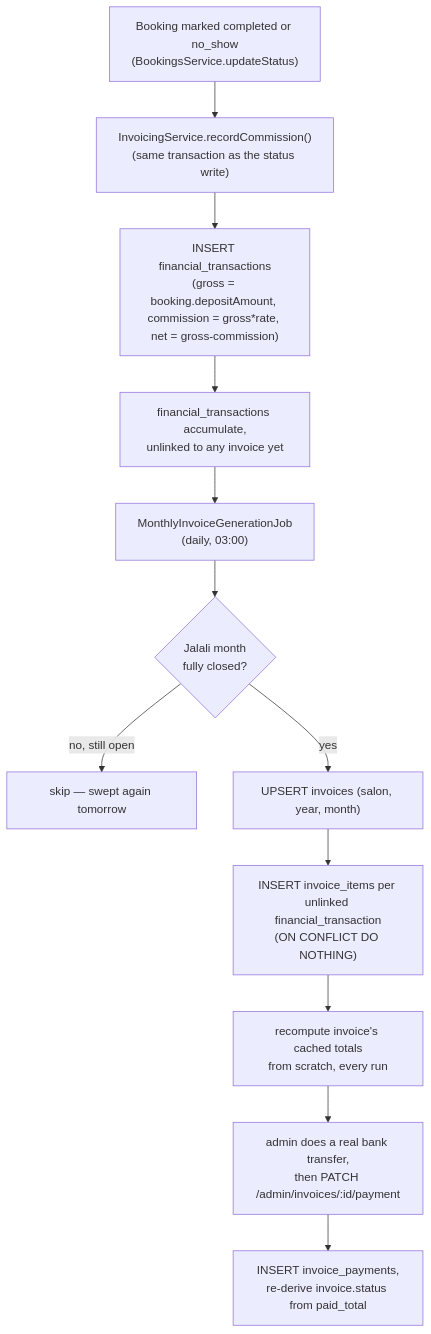
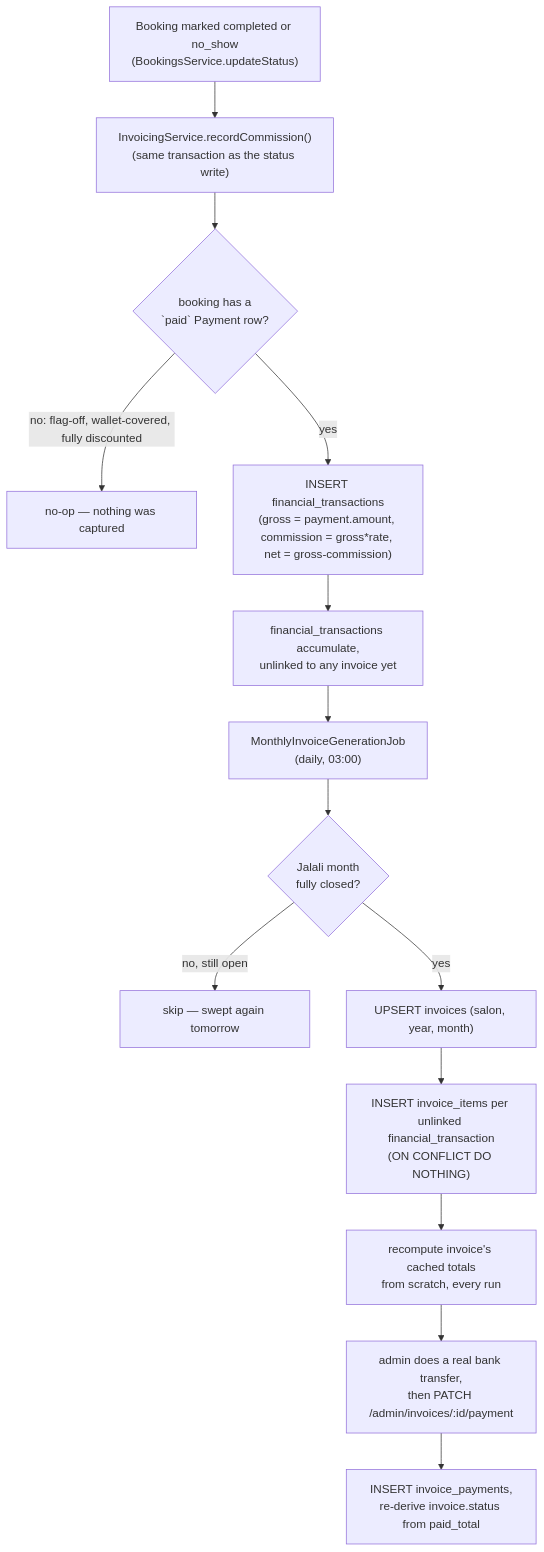
Before and after one commit to AmirHo3sein/gheychi: the diagram in docs/technical-overview/14-commission.md, drawn with Mermaid. The commit also changed other lines of this file and 41 other files, not shown here.

````diff
--- a/docs/technical-overview/14-commission.md
+++ b/docs/technical-overview/14-commission.md
@@ -11,14 +11,16 @@
 ```mermaid
 flowchart TD
     A["Booking marked completed or no_show\n(BookingsService.updateStatus)"] --> B["InvoicingService.recordCommission()\n(same transaction as the status write)"]
-    B --> C["INSERT financial_transactions\n(gross = booking.depositAmount, commission = gross*rate, net = gross-commission)"]
+    B --> B2{"booking has a\n`paid` Payment row?"}
+    B2 -->|no: flag-off, wallet-covered, fully discounted| B3[no-op — nothing was captured]
+    B2 -->|yes| C["INSERT financial_transactions\n(gross = payment.amount, commission = gross*rate, net = gross-commission)"]
     C --> D["financial_transactions accumulate,\nunlinked to any invoice yet"]
     D --> E["MonthlyInvoiceGenerationJob\n(daily, 03:00)"]
     E --> F{"Jalali month\nfully closed?"}
     F -->|no, still open| G[skip — swept again tomorrow]
     F -->|yes| H["UPSERT invoices (salon, year, month)"]
     H --> I["INSERT invoice_items per unlinked financial_transaction\n(ON CONFLICT DO NOTHING)"]
     I --> J["recompute invoice's cached totals\nfrom scratch, every run"]
     J --> K["admin does a real bank transfer,\nthen PATCH /admin/invoices/:id/payment"]
     K --> L["INSERT invoice_payments,\nre-derive invoice.status from paid_total"]
 ```
````
